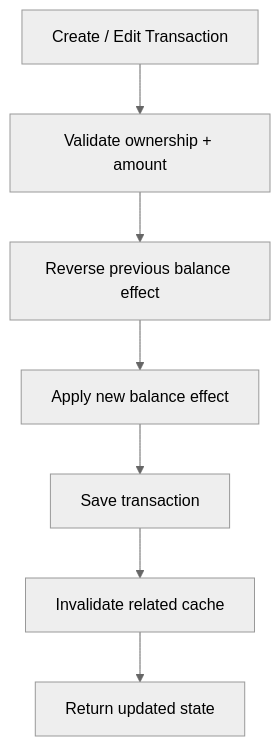
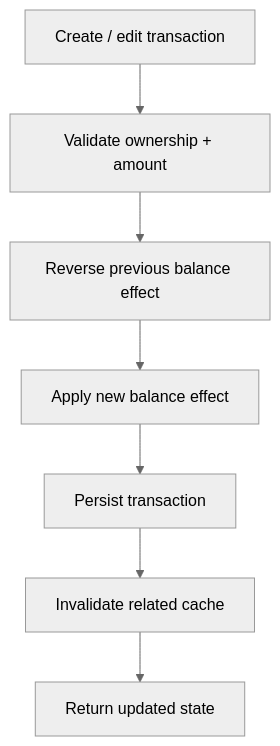
The fourth of 7 diagrams in docs/development-pipeline.md (HidayahMF/PadelLifeHub), drawn with Mermaid (neutral theme) before and after one commit. The commit also changed other lines of this file, not shown here.

````diff
--- a/docs/development-pipeline.md
+++ b/docs/development-pipeline.md
@@ -45,9 +79,9 @@
 ```mermaid
 flowchart TD
-    R[Create / Edit Transaction] --> V[Validate ownership + amount]
-    V --> O[Reverse previous balance effect]
-    O --> N[Apply new balance effect]
-    N --> S[Save transaction]
-    S --> I[Invalidate related cache]
-    I --> X[Return updated state]
+    REQ[Create / edit transaction] --> VALID[Validate ownership + amount]
+    VALID --> OLD[Reverse previous balance effect]
+    OLD --> NEW[Apply new balance effect]
+    NEW --> SAVE[Persist transaction]
+    SAVE --> CACHE[Invalidate related cache]
+    CACHE --> RESULT[Return updated state]
 ```
````
